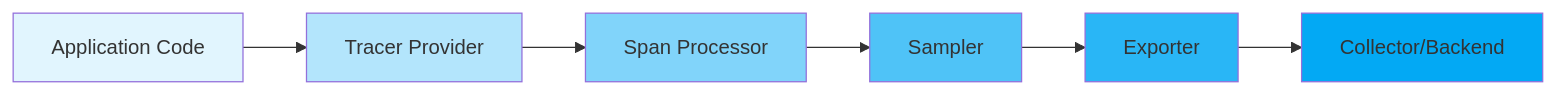
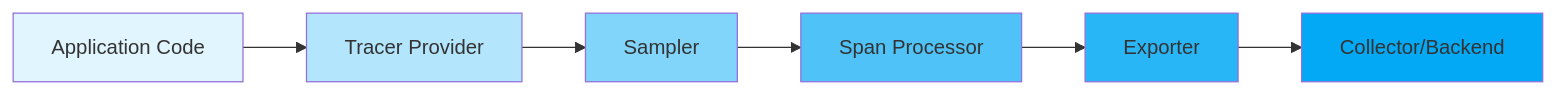
The first of 3 diagrams in posts/2026-01-24-span-not-exported-issues/README.md (OneUptime/blog), drawn with Mermaid before and after one commit. The commit also changed other lines of this file and 2 other files, not shown here.

Commit message:
validate: 2026-01-24-span-not-exported-issues

````diff
--- a/posts/2026-01-24-span-not-exported-issues/README.md
+++ b/posts/2026-01-24-span-not-exported-issues/README.md
@@ -17,15 +17,15 @@
 ```mermaid
 flowchart LR
     A[Application Code] --> B[Tracer Provider]
-    B --> C[Span Processor]
-    C --> D[Sampler]
+    B --> C[Sampler]
+    C --> D[Span Processor]
     D --> E[Exporter]
     E --> F[Collector/Backend]
 
     style A fill:#e1f5fe
     style B fill:#b3e5fc
     style C fill:#81d4fa
     style D fill:#4fc3f7
     style E fill:#29b6f6
     style F fill:#03a9f4
 ```
````
